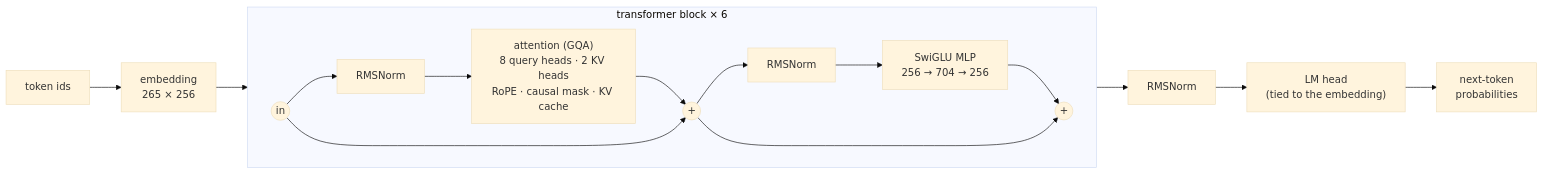
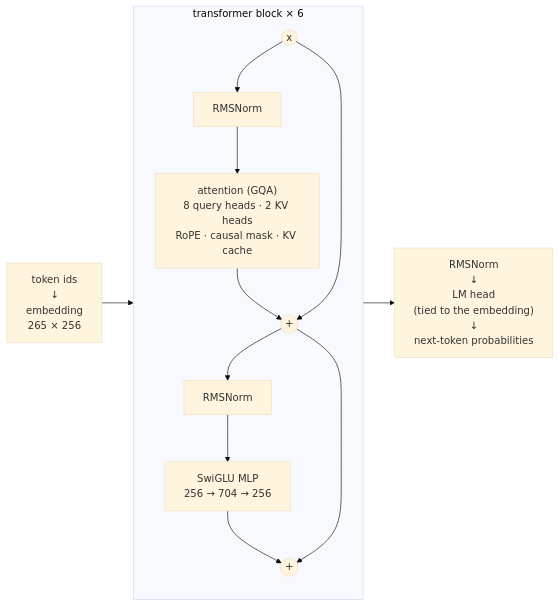
Before and after one commit to RishitheB0T/tiny-reasoner: the second of 5 diagrams in README.md, drawn with Mermaid (base theme). The commit also changed other lines of this file, not shown here.

First line of the commit message:
Fix README formulas and diagram layout on GitHub

````diff
--- a/README.md
+++ b/README.md
@@ -298,13 +298,16 @@
 ```mermaid
 flowchart LR
-    ids["token ids"] --> emb["embedding<br/>265 × 256"]
-    emb --> blocks
+    emb["token ids<br/>↓<br/>embedding<br/>265 × 256"] --> blocks
     subgraph blocks["transformer block × 6"]
-        direction LR
-        inp(("in")) --> n1["RMSNorm"] --> attn["attention (GQA)<br/>8 query heads · 2 KV heads<br/>RoPE · causal mask · KV cache"] --> add1(("+"))
+        direction TB
+        inp(("x")) --> n1["RMSNorm"]
+        n1 --> attn["attention (GQA)<br/>8 query heads · 2 KV heads<br/>RoPE · causal mask · KV cache"]
+        attn --> add1(("+"))
         inp --> add1
-        add1 --> n2["RMSNorm"] --> mlp["SwiGLU MLP<br/>256 → 704 → 256"] --> add2(("+"))
+        add1 --> n2["RMSNorm"]
+        n2 --> mlp["SwiGLU MLP<br/>256 → 704 → 256"]
+        mlp --> add2(("+"))
         add1 --> add2
     end
-    blocks --> nf["RMSNorm"] --> head["LM head<br/>(tied to the embedding)"] --> probs["next-token<br/>probabilities"]
+    blocks --> head["RMSNorm<br/>↓<br/>LM head<br/>(tied to the embedding)<br/>↓<br/>next-token probabilities"]
 ```
````
